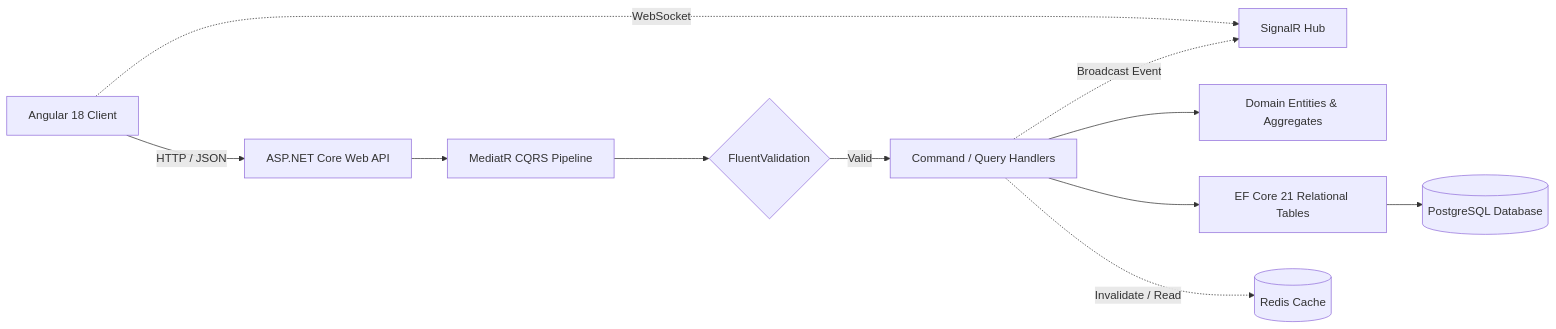
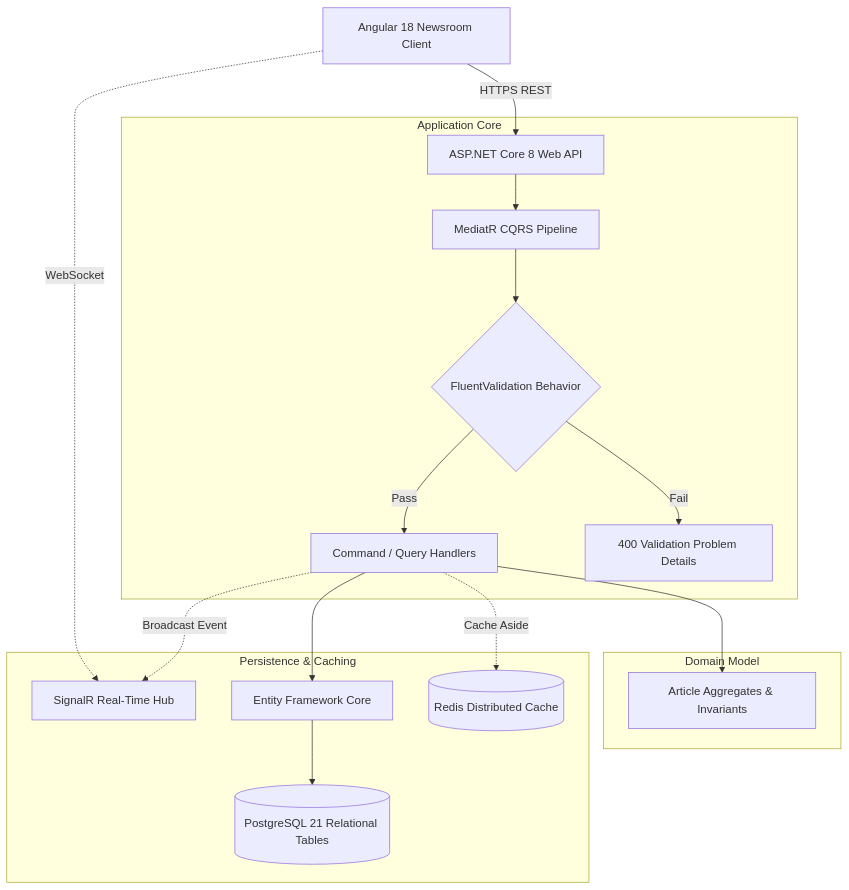
One commit to omaremadahmed/omaremadahmed changed the second of 4 diagrams in README.md. Above: the diagram before and after it, drawn with Mermaid. The commit also changed other lines of this file and 4 other files, not shown here.

````diff
--- a/README.md
+++ b/README.md
@@ -93,13 +397,23 @@
 ```mermaid
-flowchart LR
-    A[Angular 18 Client] -->|HTTP / JSON| B[ASP.NET Core Web API]
-    A -.->|WebSocket| S[SignalR Hub]
-    B --> C[MediatR CQRS Pipeline]
-    C --> D{FluentValidation}
-    D -->|Valid| E[Command / Query Handlers]
-    E --> F[Domain Entities & Aggregates]
-    E --> G[EF Core 21 Relational Tables]
-    E -.->|Invalidate / Read| R[(Redis Cache)]
-    G --> P[(PostgreSQL Database)]
-    E -.->|Broadcast Event| S
+flowchart TD
+    Client[Angular 18 Newsroom Client] -->|HTTPS REST| API[ASP.NET Core 8 Web API]
+    Client -.->|WebSocket| SignalR[SignalR Real-Time Hub]
+    
+    subgraph "Application Core"
+        API --> MediatR[MediatR CQRS Pipeline]
+        MediatR --> Validation{FluentValidation Behavior}
+        Validation -->|Pass| Handlers[Command / Query Handlers]
+        Validation -->|Fail| Err[400 Validation Problem Details]
+    end
+    
+    subgraph "Domain Model"
+        Handlers --> Aggregates[Article Aggregates & Invariants]
+    end
+    
+    subgraph "Persistence & Caching"
+        Handlers --> EF[Entity Framework Core]
+        EF --> Postgres[(PostgreSQL 21 Relational Tables)]
+        Handlers -.->|Cache Aside| Redis[(Redis Distributed Cache)]
+        Handlers -.->|Broadcast Event| SignalR
+    end
 ```
````
